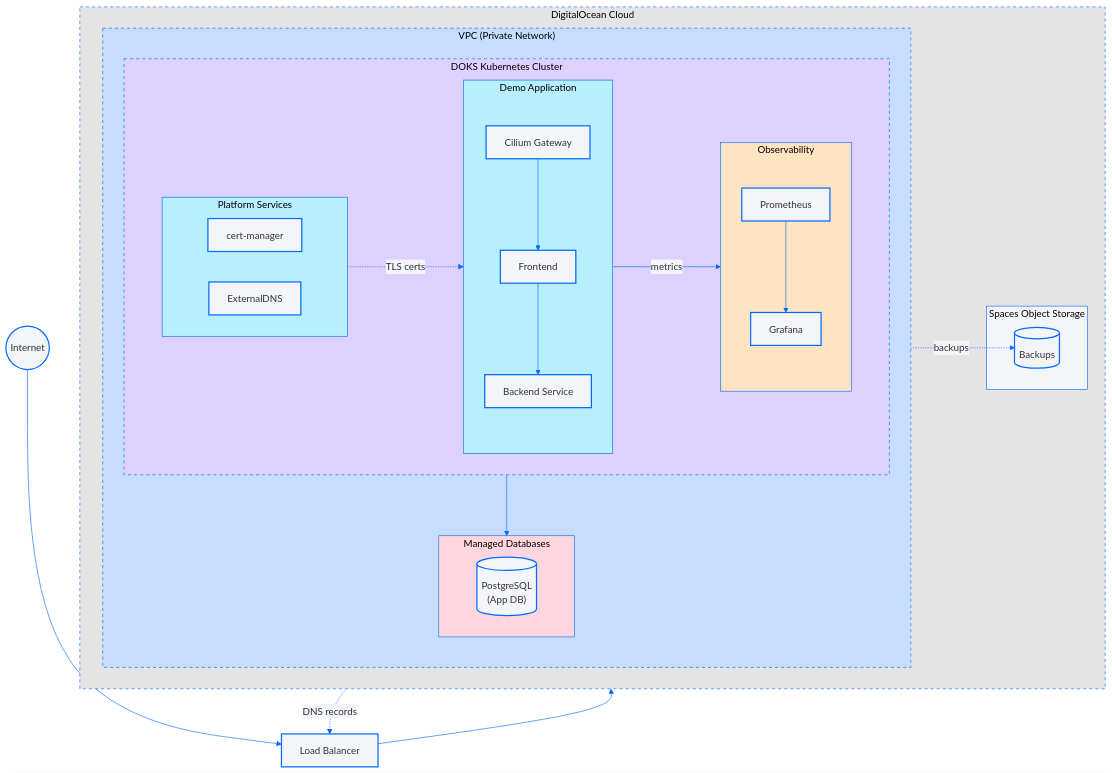
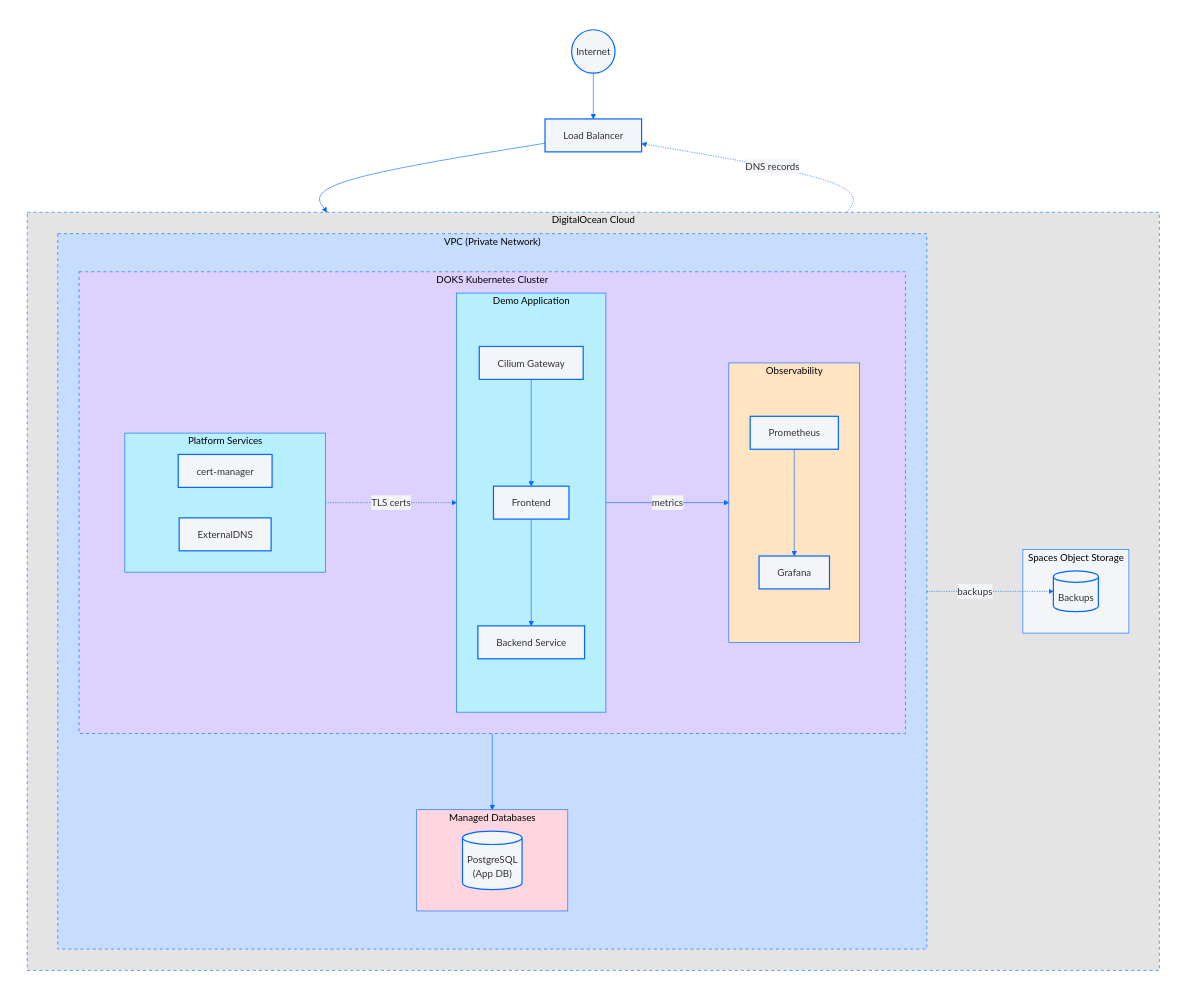
Before and after one commit to digitalocean/scale-with-simplicity: the seventh of 7 diagrams in CLAUDE.md, drawn with Mermaid. The commit also changed other lines of this file and 9 other files, not shown here.

First line of the commit message:
docs: convert architecture diagrams from PNG to Mermaid

````diff
--- a/CLAUDE.md
+++ b/CLAUDE.md
@@ -577,64 +610,68 @@
 ```mermaid
 %%{init: {'theme': 'base', 'themeVariables': { 'primaryColor': '#0069FF', 'primaryTextColor': '#333', 'primaryBorderColor': '#0069FF', 'lineColor': '#0069FF', 'secondaryColor': '#F3F5F9', 'tertiaryColor': '#fff', 'fontFamily': 'arial'}}}%%
 flowchart TB
-    %% Define traffic flow first
-    Internet(("Internet")) --> LB["Load Balancer"] --> Gateway
+    subgraph Wrapper[" "]
+        direction TB
+        %% Define traffic flow first
+        Internet(("Internet")) --> LB["Load Balancer"] --> Gateway
 
-    subgraph DO["DigitalOcean Cloud"]
-        direction LR
+        subgraph DO["DigitalOcean Cloud"]
+            direction LR
 
-        subgraph VPC["VPC (Private Network)"]
-            direction TB
+            subgraph VPC["VPC (Private Network)"]
+                direction TB
 
-            subgraph DOKS["DOKS Kubernetes Cluster"]
-                direction LR
+                subgraph DOKS["DOKS Kubernetes Cluster"]
+                    direction LR
 
-                subgraph App["Demo Application"]
-                    direction TB
-                    Gateway["Cilium Gateway"]
-                    Frontend["Frontend"]
-                    Backend["Backend Service"]
+                    subgraph App["Demo Application"]
+                        direction TB
+                        Gateway["Cilium Gateway"]
+                        Frontend["Frontend"]
+                        Backend["Backend Service"]
+                    end
+
+                    subgraph Platform["Platform Services"]
+                        direction LR
+                        CertManager["cert-manager"]
+                        ExtDNS["ExternalDNS"]
+                    end
+
+                    subgraph Obs["Observability"]
+                        direction TB
+                        Prometheus["Prometheus"]
+                        Grafana["Grafana"]
+                    end
                 end
 
-                subgraph Platform["Platform Services"]
+                subgraph DBaaS["Managed Databases"]
                     direction LR
-                    CertManager["cert-manager"]
-                    ExtDNS["ExternalDNS"]
-                end
-
-                subgraph Obs["Observability"]
-                    direction TB
-                    Prometheus["Prometheus"]
-                    Grafana["Grafana"]
+                    PostgreSQL[("PostgreSQL<br/>(App DB)")]
                 end
             end
 
-            subgraph DBaaS["Managed Databases"]
-                direction LR
-                PostgreSQL[("PostgreSQL<br/>(App DB)")]
+            subgraph Storage["Spaces Object Storage"]
+                Backups[("Backups")]
             end
         end
 
-        subgraph Storage["Spaces Object Storage"]
-            Backups[("Backups")]
-        end
+        %% Traffic flow
+        Gateway --> Frontend
+        Frontend --> Backend
+        Backend --> PostgreSQL
+
+        %% Platform connections
+        CertManager -.->|TLS certs| Gateway
+        ExtDNS -.->|DNS records| LB
+
+        %% Observability
+        Backend -->|metrics| Prometheus
+        Prometheus --> Grafana
+        Backend -.->|backups| Backups
     end
 
-    %% Traffic flow
-    Gateway --> Frontend
-    Frontend --> Backend
-    Backend --> PostgreSQL
-
-    %% Platform connections
-    CertManager -.->|TLS certs| Gateway
-    ExtDNS -.->|DNS records| LB
-
-    %% Observability
-    Backend -->|metrics| Prometheus
-    Prometheus --> Grafana
-    Backend -.->|backups| Backups
-
-    %% Styling - Subgraphs
+    %% Styling - Subgraphs (Wrapper provides white background for dark mode)
+    style Wrapper fill:#FFFFFF,stroke:#FFFFFF
     style DO fill:#E5E4E4,stroke:#0069FF,stroke-width:1px,stroke-dasharray:5
     style VPC fill:#C6DDFF,stroke:#0069FF,stroke-width:1px,stroke-dasharray:5
     style DOKS fill:#DCD1FF,stroke:#0069FF,stroke-width:1px,stroke-dasharray:5
````
